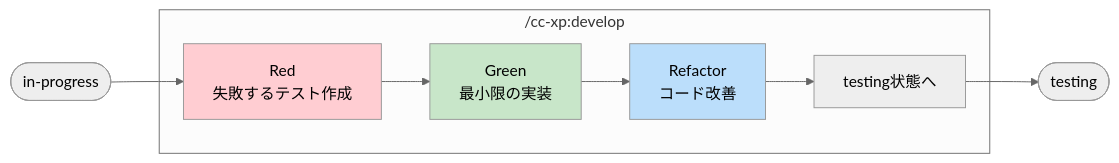
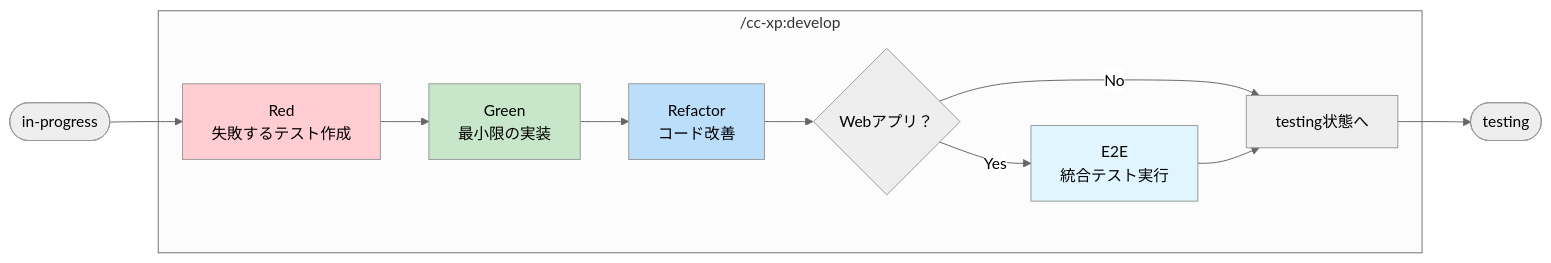
The third of 6 diagrams in README.md (B16B1RD/cc-xp-kit), drawn with Mermaid (neutral theme) before and after one commit. The commit also changed other lines of this file and 4 other files, not shown here.

````diff
--- a/README.md
+++ b/README.md
@@ -117,15 +117,19 @@
 ```mermaid
 graph LR
     subgraph "/cc-xp:develop"
         Red[Red<br/>失敗するテスト作成] --> Green[Green<br/>最小限の実装]
         Green --> Refactor[Refactor<br/>コード改善]
-        Refactor --> Commit[testing状態へ]
+        Refactor --> E2E{Webアプリ？}
+        E2E -->|Yes| E2ETest[E2E<br/>統合テスト実行]
+        E2E -->|No| Commit[testing状態へ]
+        E2ETest --> Commit
     end
     
     Start([in-progress]) --> Red
     Commit --> End([testing])
     
     style Red fill:#ffcdd2
     style Green fill:#c8e6c9
     style Refactor fill:#bbdefb
+    style E2ETest fill:#e1f5fe
 ```
````
